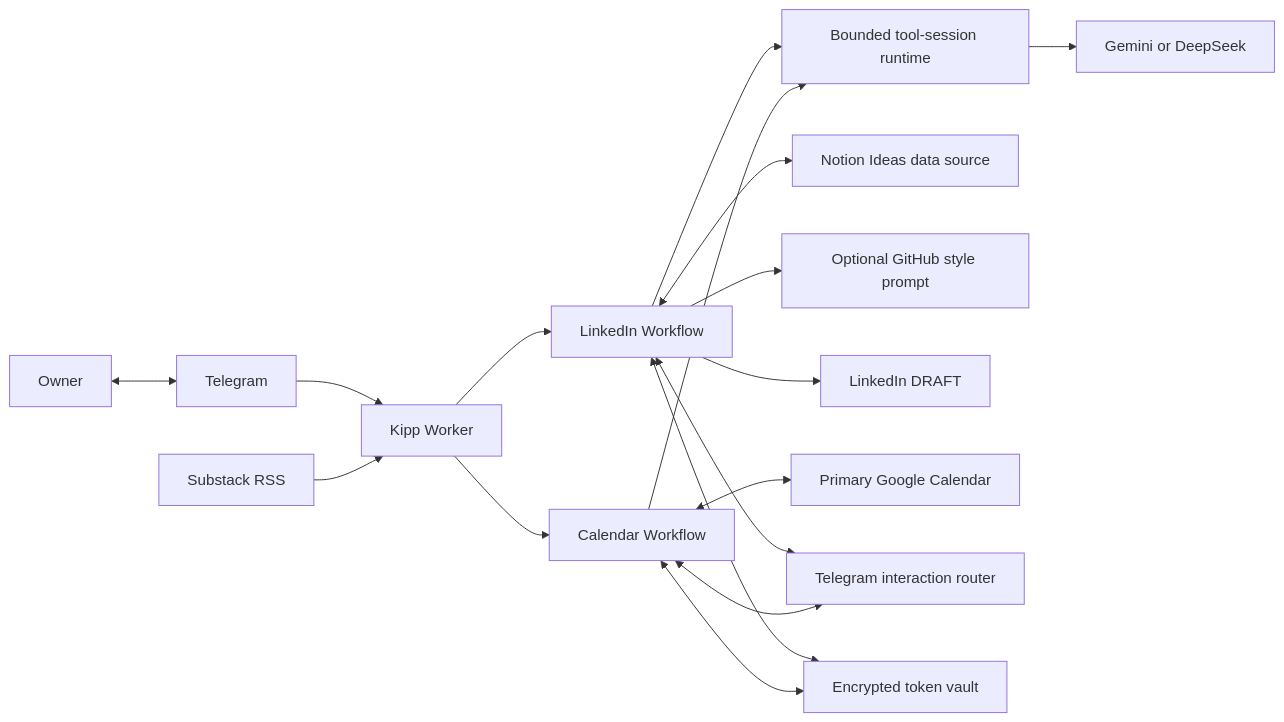
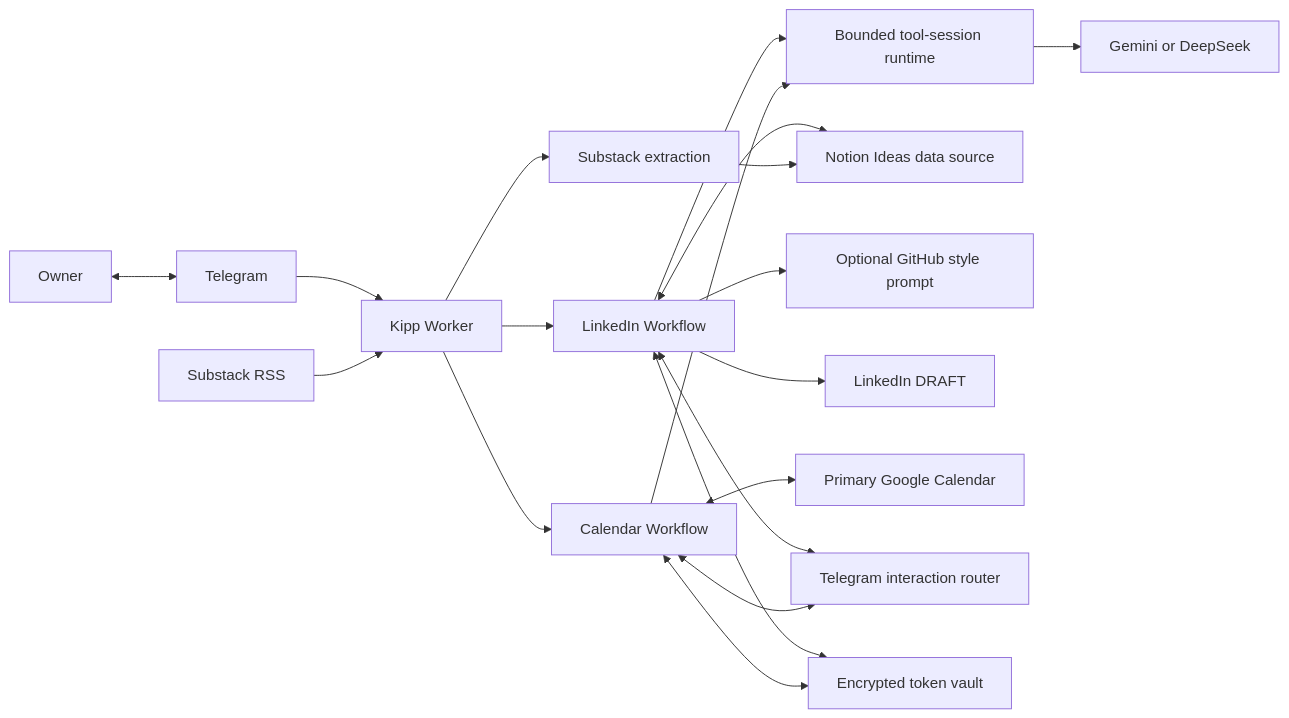
One commit to satwikhebbar/kipp changed the diagram in README.md. Above: the diagram before and after it, drawn with Mermaid. The commit also changed other lines of this file and 5 other files, not shown here.

````diff
--- a/README.md
+++ b/README.md
@@ -19,23 +19,25 @@
 ```mermaid
 flowchart LR
   owner["Owner"] <--> telegram["Telegram"]
   telegram --> worker["Kipp Worker"]
   rss["Substack RSS"] --> worker
 
   worker --> linkedinFlow["LinkedIn Workflow"]
   worker --> calendarFlow["Calendar Workflow"]
+  worker --> substackExtract["Substack extraction"]
 
   linkedinFlow --> agentRuntime["Bounded tool-session runtime"]
   calendarFlow --> agentRuntime
   agentRuntime --> llm["Gemini or DeepSeek"]
 
   linkedinFlow <--> notion["Notion Ideas data source"]
+  substackExtract --> notion
   linkedinFlow --> github["Optional GitHub style prompt"]
   linkedinFlow --> linkedin["LinkedIn DRAFT"]
   calendarFlow <--> calendar["Primary Google Calendar"]
 
   linkedinFlow <--> router["Telegram interaction router"]
   calendarFlow <--> router
   linkedinFlow <--> vault["Encrypted token vault"]
   calendarFlow <--> vault
 ```
````
